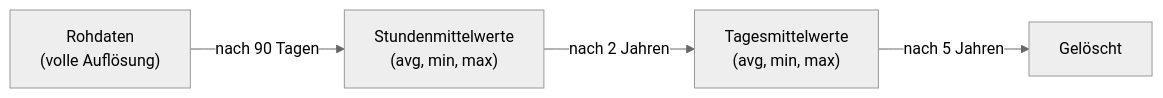
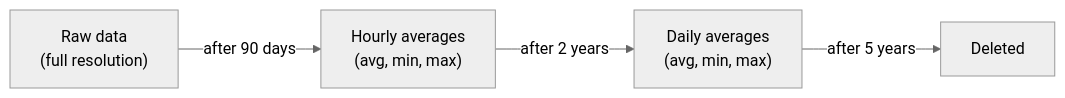
The first of 3 diagrams in docs/de/guides/data-retention.md (nolte/kamerplanter), drawn with Mermaid (neutral theme) before and after one commit. The commit also changed other lines of this file and 44 other files, not shown here.

First line of the commit message:
docs: make all Mermaid diagrams spec-compliant (repo-wide sweep)

````diff
--- a/docs/de/guides/data-retention.md
+++ b/docs/de/guides/data-retention.md
@@ -44,11 +45,11 @@
 ```mermaid
-graph LR
-    A["Rohdaten<br/>(volle Auflösung)"]
-    B["Stundenmittelwerte<br/>(avg, min, max)"]
-    C["Tagesmittelwerte<br/>(avg, min, max)"]
-    D["Gelöscht"]
+flowchart LR
+    A["Raw data<br/>(full resolution)"]
+    B["Hourly averages<br/>(avg, min, max)"]
+    C["Daily averages<br/>(avg, min, max)"]
+    D["Deleted"]
 
-    A -- "nach 90 Tagen" --> B
-    B -- "nach 2 Jahren" --> C
-    C -- "nach 5 Jahren" --> D
+    A -- "after 90 days" --> B
+    B -- "after 2 years" --> C
+    C -- "after 5 years" --> D
 ```
````
